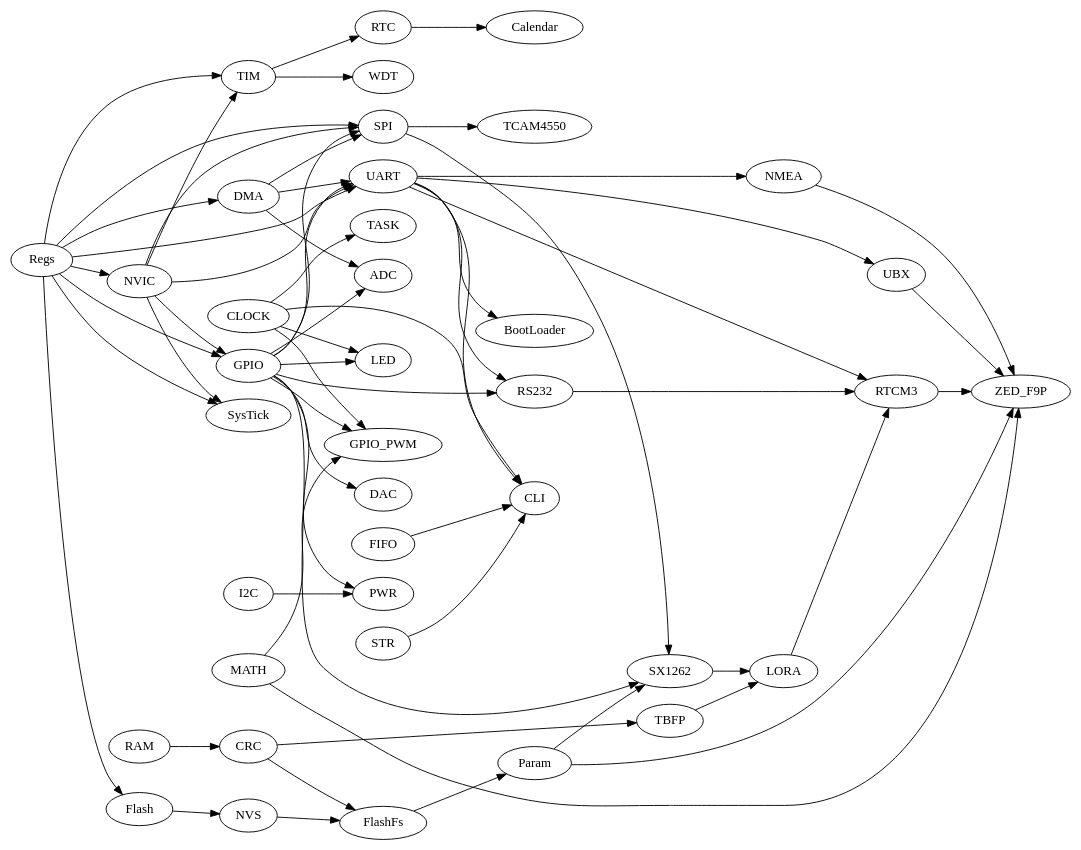
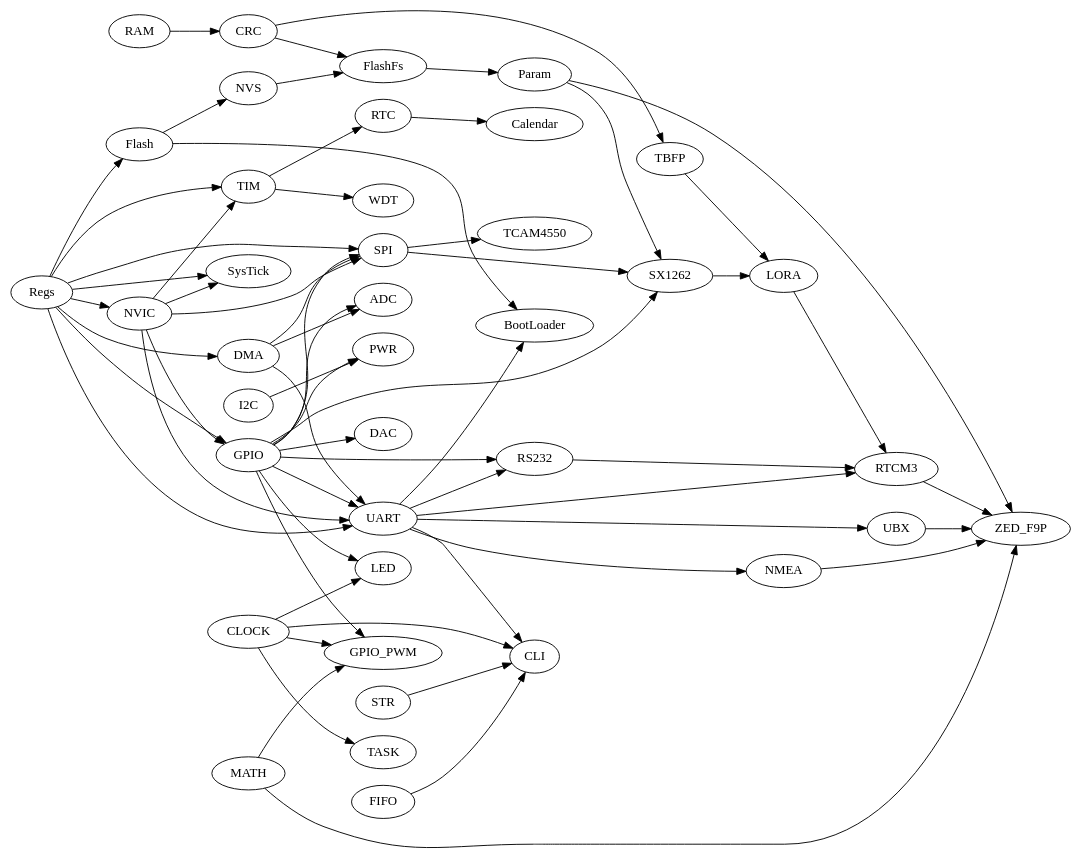
Before and after one commit to aabzel/ti_mcu_code_base: the diagram in docs/dependencies.dot, drawn with Graphviz. The commit also changed 25 other files, not shown here.

```diff
--- a/docs/dependencies.dot
+++ b/docs/dependencies.dot
@@ -1,63 +1,64 @@
 digraph graphname {
     rankdir=LR;
     CLOCK->CLI;
     CLOCK->GPIO_PWM
     CLOCK->LED;
     CLOCK->TASK;
     CRC->FlashFs;
     CRC -> TBFP;
     DMA->SPI;
     DMA->UART;
     DMA->ADC;
     FIFO->CLI;
     Flash->NVS;
     FlashFs->Param;
     GPIO->SPI;
     GPIO->UART;
     GPIO->ADC;
     GPIO->DAC;
     GPIO->GPIO_PWM;
     GPIO->LED;
     GPIO->PWR;
     GPIO->RS232;
     GPIO->SX1262;
     I2C->PWR;
     LORA->RTCM3;
     MATH->GPIO_PWM;
     MATH->ZED_F9P;
     NMEA->ZED_F9P;
     NVIC->SPI;
     NVIC->UART;
     NVIC->SysTick;
     NVIC->TIM;
     NVIC->GPIO;
     NVS->FlashFs;
     Param->SX1262;
     Param->ZED_F9P;
     RAM->CRC;
     RS232->RTCM3;
     RTC->Calendar;
     RTCM3->ZED_F9P;
     Regs->SPI;
     Regs->UART;
     Regs->DMA;
     Regs->Flash;
     Regs->GPIO;
     Regs->NVIC;
     Regs->SysTick;
     Regs->TIM;
     SPI->SX1262;
     SPI->TCAM4550;
     STR->CLI;
     SX1262->LORA;
     TBFP->LORA;
     TIM->RTC;
     TIM->WDT;
+    Flash->BootLoader;
     UART->BootLoader;
     UART->CLI;
     UART->NMEA;
     UART->RS232;
     UART->RTCM3;
     UART->UBX;
     UBX->ZED_F9P;
 }
```
